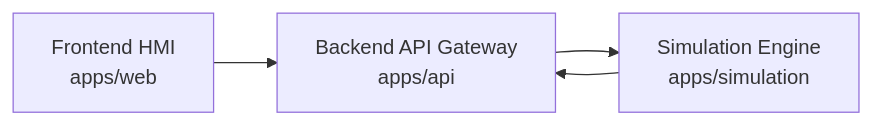
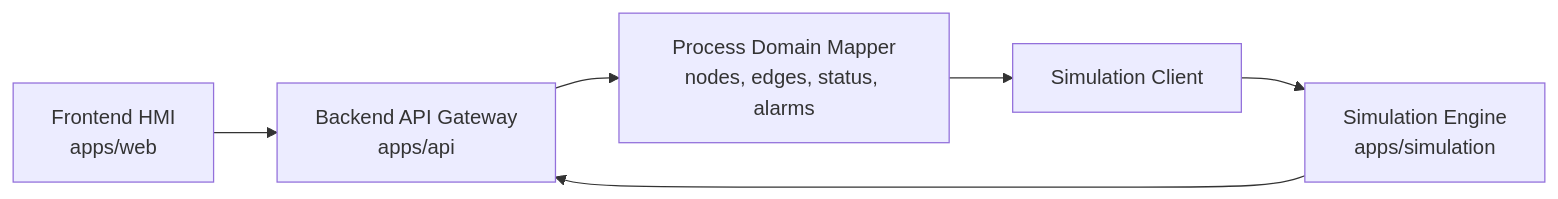
Before and after one commit to dimbo1324/smr-digital-twin-platform-r: the diagram in docs/architecture.md, drawn with Mermaid. The commit also changed other lines of this file and 28 other files, not shown here.

Commit message:
feat(process): add process domain model and live mnemonic integration

````diff
--- a/docs/architecture.md
+++ b/docs/architecture.md
@@ -5,6 +5,8 @@
 ```mermaid
 flowchart LR
     Web["Frontend HMI<br/>apps/web"] --> API["Backend API Gateway<br/>apps/api"]
-    API --> Simulation["Simulation Engine<br/>apps/simulation"]
+    API --> Process["Process Domain Mapper<br/>nodes, edges, status, alarms"]
+    Process --> SimulationClient["Simulation Client"]
+    SimulationClient --> Simulation["Simulation Engine<br/>apps/simulation"]
     Simulation --> API
 ```
````
